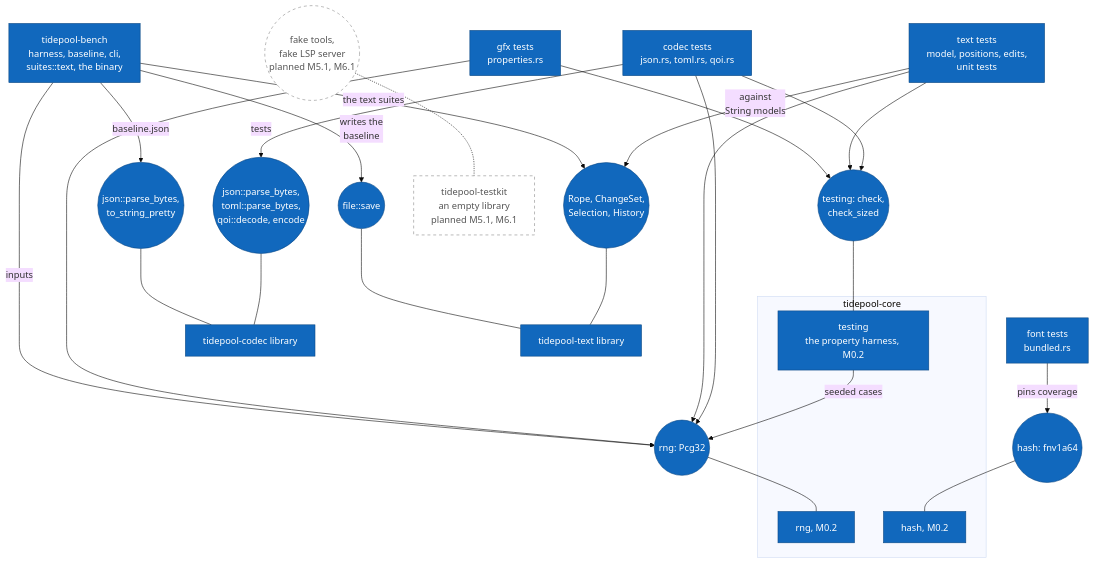
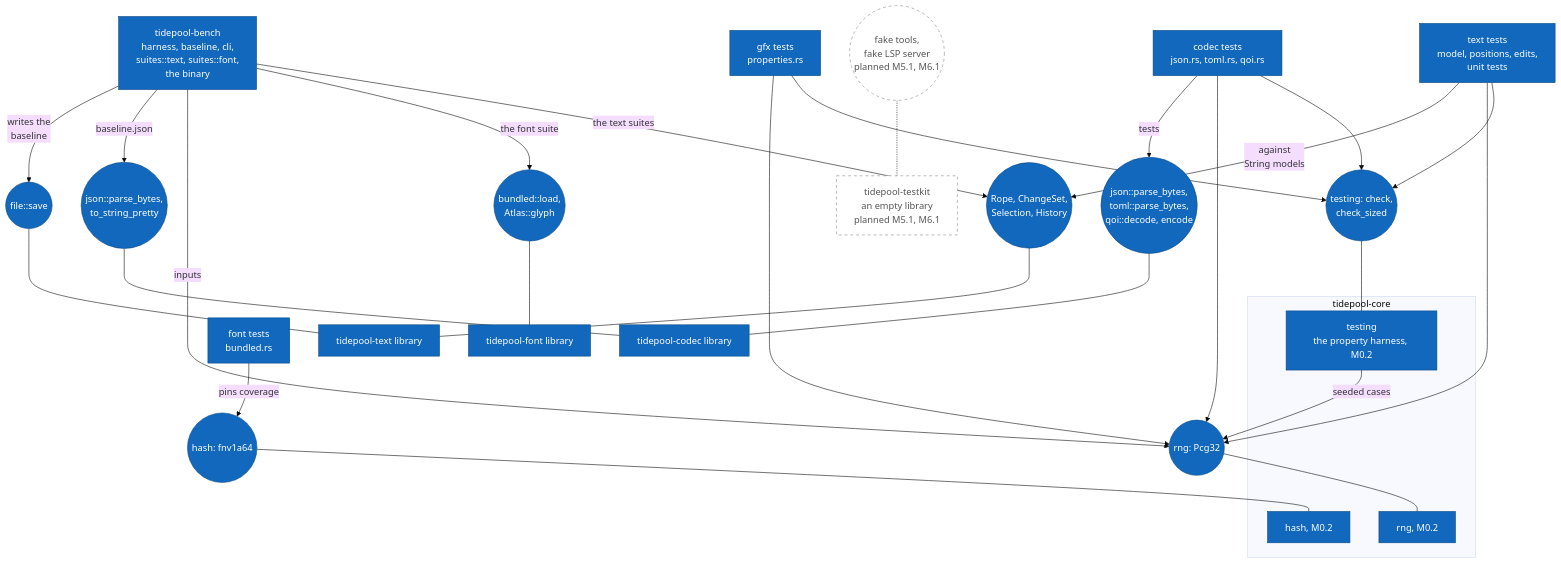
Diagram 21 of 21 in diagrams/component-diagrams.md (jabbott-iii/Tidepool), drawn with Mermaid (base theme) before and after one commit. The commit also changed other lines of this file and 18 other files, not shown here.

First line of the commit message:
bench: the font atlas fill suite and its baseline (M2.5)

````diff
--- a/diagrams/component-diagrams.md
+++ b/diagrams/component-diagrams.md
@@ -1222,57 +1224,61 @@
 ```mermaid
 flowchart TB
     c_ctests["codec tests<br/>json.rs, toml.rs, qoi.rs"]
     c_ttests["text tests<br/>model, positions, edits,<br/>unit tests"]
     c_gtests["gfx tests<br/>properties.rs"]
     c_ftests["font tests<br/>bundled.rs"]
-    c_bench["tidepool-bench<br/>harness, baseline, cli,<br/>suites::text, the binary"]
+    c_bench["tidepool-bench<br/>harness, baseline, cli,<br/>suites::text, suites::font,<br/>the binary"]
 
     i_check(("testing: check,<br/>check_sized"))
     i_pcg(("rng: Pcg32"))
     i_cparse(("json::parse_bytes,<br/>toml::parse_bytes,<br/>qoi::decode, encode"))
     i_tall(("Rope, ChangeSet,<br/>Selection, History"))
     i_bjson(("json::parse_bytes,<br/>to_string_pretty"))
     i_save(("file::save"))
     i_sha(("hash: fnv1a64"))
+    i_fill(("bundled::load,<br/>Atlas::glyph"))
 
     subgraph sg_core["tidepool-core"]
         c_testing["testing<br/>the property harness, M0.2"]
         c_rng["rng, M0.2"]
         c_hash["hash, M0.2"]
     end
     c_codec["tidepool-codec library"]
     c_text["tidepool-text library"]
+    c_font6["tidepool-font library"]
 
     c_testkit["tidepool-testkit<br/>an empty library<br/>planned M5.1, M6.1"]
     i_fakes(("fake tools,<br/>fake LSP server<br/>planned M5.1, M6.1"))
 
     c_ctests --> i_check
     c_ctests --> i_pcg
     c_ctests -->|"tests"| i_cparse
     c_ttests --> i_check
     c_ttests --> i_pcg
     c_ttests -->|"against<br/>String models"| i_tall
     c_gtests --> i_check
     c_gtests --> i_pcg
     c_ftests -->|"pins coverage"| i_sha
     c_bench -->|"the text suites"| i_tall
+    c_bench -->|"the font suite"| i_fill
     c_bench -->|"inputs"| i_pcg
     c_bench -->|"baseline.json"| i_bjson
     c_bench -->|"writes the<br/>baseline"| i_save
 
     i_check --- c_testing
     c_testing -->|"seeded cases"| i_pcg
     i_pcg --- c_rng
     i_sha --- c_hash
     i_cparse --- c_codec
     i_bjson --- c_codec
     i_tall --- c_text
     i_save --- c_text
+    i_fill --- c_font6
     i_fakes -.- c_testkit
 
     classDef built fill:#1168bd,stroke:#0b4884,color:#ffffff
     classDef planned fill:#ffffff,stroke:#888888,stroke-dasharray: 5 5,color:#555555
-    class c_ctests,c_ttests,c_gtests,c_ftests,c_bench,c_testing,c_rng,c_hash,c_codec,c_text built
-    class i_check,i_pcg,i_cparse,i_tall,i_bjson,i_save,i_sha built
+    class c_ctests,c_ttests,c_gtests,c_ftests,c_bench,c_testing,c_rng,c_hash,c_codec,c_text,c_font6 built
+    class i_check,i_pcg,i_cparse,i_tall,i_bjson,i_save,i_sha,i_fill built
     class c_testkit,i_fakes planned
 ```
````
